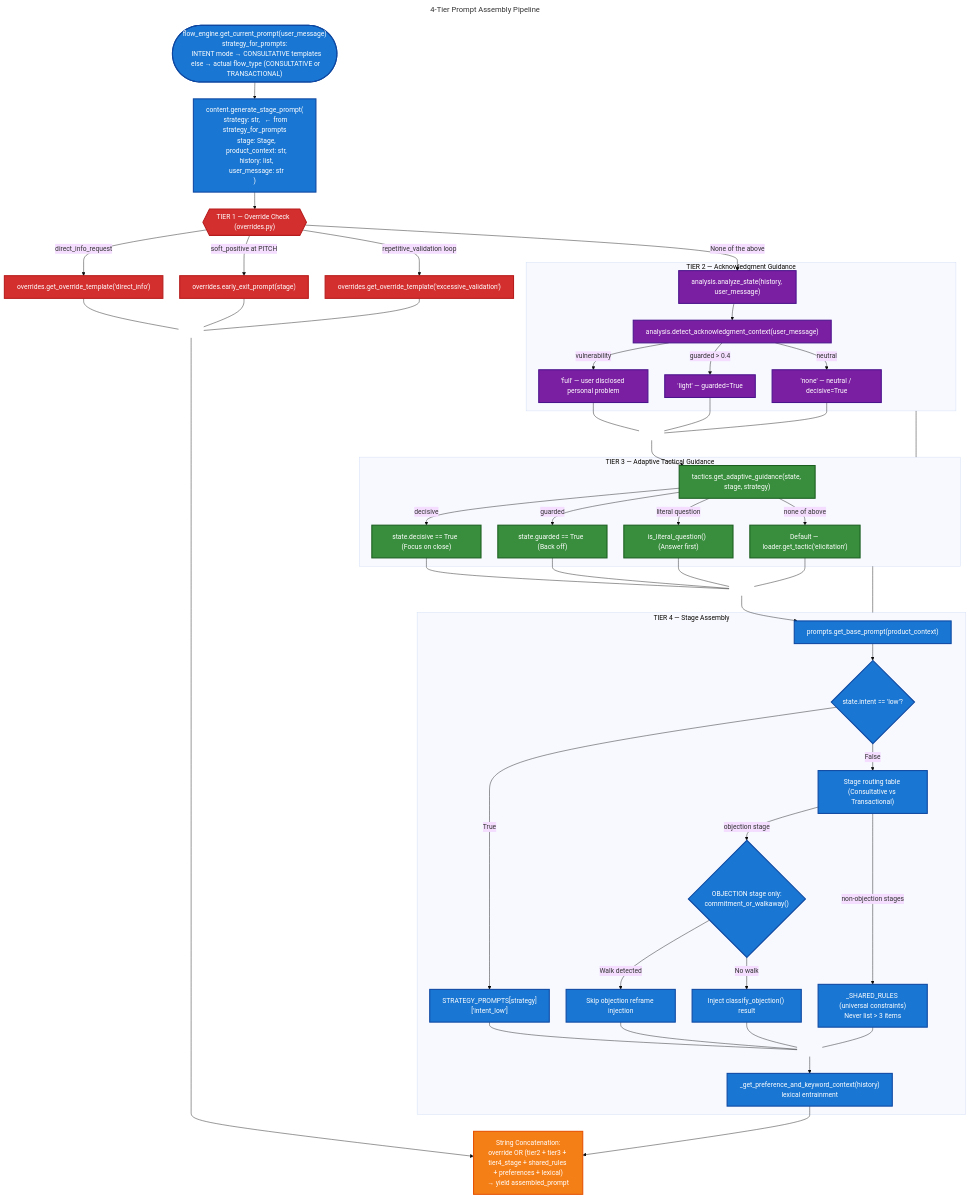
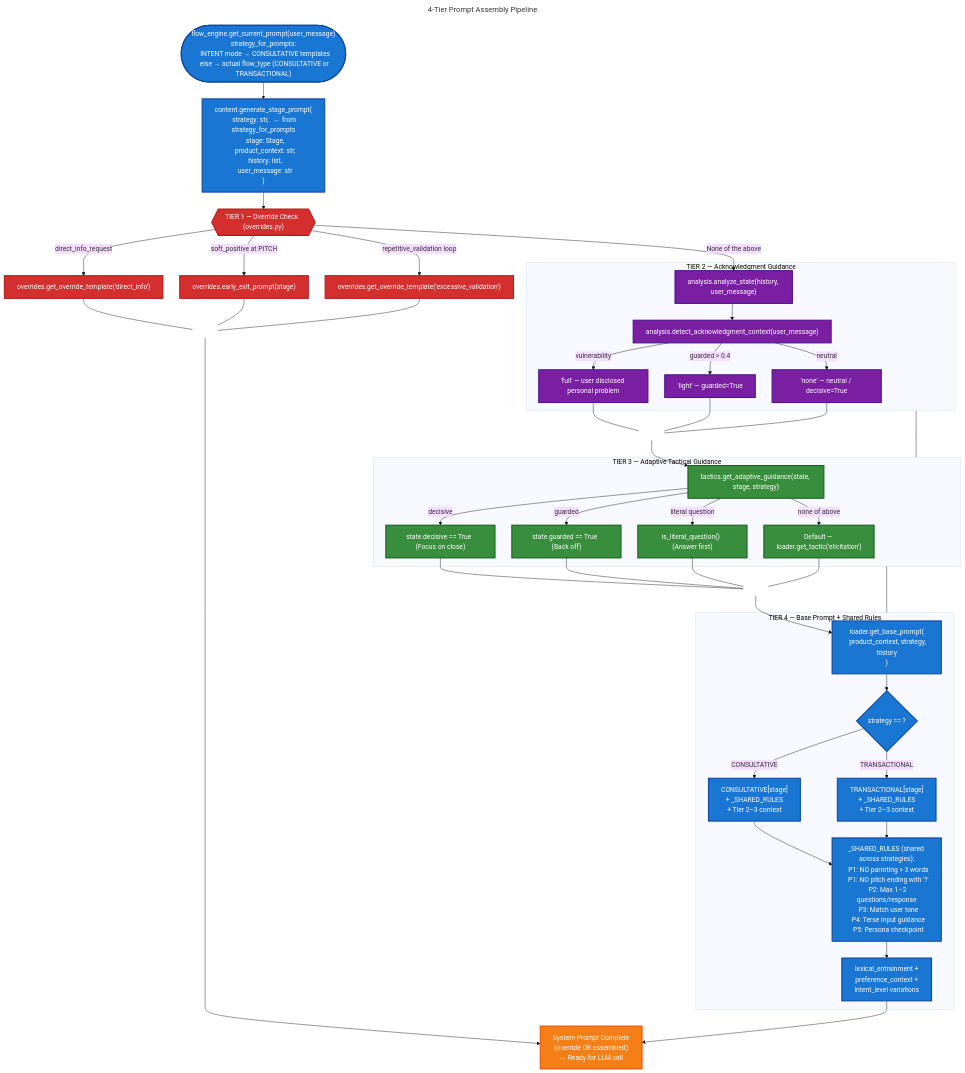
The diagram in Documentation/diagrams/04_prompt_assembly.mmd (shaf-aston/FYP-sales-training-tool), drawn with Mermaid before and after one commit. The commit also changed 4 other files, not shown here.

First line of the commit message:
refactor(diagrams): complete semantic refinements on 08, 09

```diff
--- a/Documentation/diagrams/04_prompt_assembly.mmd
+++ b/Documentation/diagrams/04_prompt_assembly.mmd
@@ -1,115 +1,104 @@
 ---
 title: 4-Tier Prompt Assembly Pipeline
 ---
 %% ==========================================
 %% PURPOSE: Visualizes how prompts are programmatically constructed by combining exact overrides, tactical acknowledgements, adaptive advice, and core NEPQ templates.
 %% ==========================================
 %%{init: {"theme": "base", "flowchart": {"nodeSpacing": 40, "rankSpacing": 40}}}%%
 
 flowchart TD
     classDef junctionStyle stroke-width:0px,fill:transparent,font-size:1px;
     classDef override fill:#D32F2F,stroke:#B71C1C,stroke-width:2.5px,color:#fff
     classDef ack fill:#7B1FA2,stroke:#4A148C,stroke-width:2.5px,color:#fff
     classDef tactics fill:#388E3C,stroke:#1B5E20,stroke-width:2.5px,color:#fff
     classDef stage fill:#1976D2,stroke:#0D47A1,stroke-width:2.5px,color:#fff
     classDef final fill:#F57F17,stroke:#E65100,stroke-width:2.5px,color:#fff
 
     START(["flow_engine.get_current_prompt(user_message)<br/>strategy_for_prompts:<br/>  INTENT mode → CONSULTATIVE templates<br/>  else → actual flow_type (CONSULTATIVE or TRANSACTIONAL)"]):::stage
 
     ENTRY["content.generate_stage_prompt(<br/>  strategy: str,   ← from strategy_for_prompts<br/>  stage: Stage,<br/>  product_context: str,<br/>  history: list,<br/>  user_message: str<br/>)"]:::stage
 
     START --> ENTRY
 
     %% ── TIER 1: Override Check ───────────────────────────────────────────────
     ENTRY --> T1{{"TIER 1 — Override Check  (overrides.py)"}}:::override
 
     T1 -->|"direct_info_request"| OV1["overrides.get_override_template('direct_info')"]:::override
     T1 -->|"soft_positive at PITCH"| OV2["overrides.early_exit_prompt(stage)"]:::override
     T1 -->|"repetitive_validation loop"| OV3["overrides.get_override_template('excessive_validation')"]:::override
 
     T1 -->|"None of the above"| T2_ENTRY
 
     OVJ1[ ]:::junctionStyle
     OV1 --- OVJ1
     OV2 --- OVJ1
     OV3 --- OVJ1
     OVJ1 --> FINAL_PROMPT
 
     %% ── TIER 2: Acknowledgment ───────────────────────────────────────────────
     subgraph Tier2["TIER 2 — Acknowledgment Guidance"]
         T2_ENTRY["analysis.analyze_state(history, user_message)"]:::ack
         T2_ACK["analysis.detect_acknowledgment_context(user_message)"]:::ack
         T2_FULL["'full' — user disclosed personal problem"]:::ack
         T2_LIGHT["'light' — guarded=True"]:::ack
         T2_NONE["'none' — neutral / decisive=True"]:::ack
 
         T2_ENTRY --> T2_ACK
         T2_ACK -->|"vulnerability"| T2_FULL
         T2_ACK -->|"guarded > 0.4"| T2_LIGHT
         T2_ACK -->|"neutral"| T2_NONE
     end
 
     T2J[ ]:::junctionStyle
     T2_FULL --- T2J
     T2_LIGHT --- T2J
     T2_NONE --- T2J
     T2J --> T3_ENTRY
 
     %% ── TIER 3: Adaptive Tactics ─────────────────────────────────────────────
     subgraph Tier3["TIER 3 — Adaptive Tactical Guidance"]
         T3_ENTRY["tactics.get_adaptive_guidance(state, stage, strategy)"]:::tactics
         T3_DEC["state.decisive == True  (Focus on close)"]:::tactics
         T3_GUARD["state.guarded == True  (Back off)"]:::tactics
         T3_QUES["is_literal_question()  (Answer first)"]:::tactics
         T3_ELICIT["Default — loader.get_tactic('elicitation')"]:::tactics
 
         T3_ENTRY -->|"decisive"| T3_DEC
         T3_ENTRY -->|"guarded"| T3_GUARD
         T3_ENTRY -->|"literal question"| T3_QUES
         T3_ENTRY -->|"none of above"| T3_ELICIT
     end
 
     Tier2 --- Tier3
 
     T3J[ ]:::junctionStyle
     T3_DEC --- T3J
     T3_GUARD --- T3J
     T3_QUES --- T3J
     T3_ELICIT --- T3J
     T3J --> T4_ENTRY
 
-    %% ── TIER 4: Stage Assembly ───────────────────────────────────────────────
-    subgraph Tier4["TIER 4 — Stage Assembly"]
-        T4_ENTRY["prompts.get_base_prompt(product_context)"]:::stage
-        T4_LOW_CHECK{"state.intent == 'low'?"}:::stage
-        T4_ENTRY --> T4_LOW_CHECK
+    %% ── TIER 4: Stage Assembly (Strategy-Specific) ──────────────────────────
+    subgraph Tier4["TIER 4 — Base Prompt + Shared Rules"]
+        T4_ENTRY["loader.get_base_prompt(<br/>  product_context, strategy, history<br/>)"]:::stage
+        
+        T4_ROUTE{"strategy == ?"}:::stage
+        
+        T4_CONSULT["CONSULTATIVE[stage]<br/>+ _SHARED_RULES<br/>+ Tier 2–3 context"]:::stage
+        T4_TRANS["TRANSACTIONAL[stage]<br/>+ _SHARED_RULES<br/>+ Tier 2–3 context"]:::stage
+        
+        T4_SHARED["_SHARED_RULES (shared across strategies):<br/>  P1: NO parroting > 3 words<br/>  P1: NO pitch ending with '?'<br/>  P2: Max 1–2 questions/response<br/>  P3: Match user tone<br/>  P4: Terse input guidance<br/>  P5: Persona checkpoint"]:::stage
+        
+        T4_PREFS["lexical_entrainment +<br/>preference_context +<br/>intent_level variations"]:::stage
 
-        T4_INTENT_LOW["STRATEGY_PROMPTS[strategy]['intent_low']"]:::stage
-        T4_ROUTE["Stage routing table (Consultative vs Transactional)"]:::stage
-
-        T4_LOW_CHECK -->|"True"| T4_INTENT_LOW
-        T4_LOW_CHECK -->|"False"| T4_ROUTE
-
-        T4_OBJ_CHECK{"OBJECTION stage only:<br/>commitment_or_walkaway()"}:::stage
-        T4_WALK["Skip objection reframe injection"]:::stage
-        T4_OBJ_INJECT["Inject classify_objection() result"]:::stage
-
-        T4_ROUTE -->|"objection stage"| T4_OBJ_CHECK
-        T4_ROUTE -->|"non-objection stages"| T4_SHARED
-
-        T4_OBJ_CHECK -->|"Walk detected"| T4_WALK
-        T4_OBJ_CHECK -->|"No walk"| T4_OBJ_INJECT
-
-        T4_SHARED["_SHARED_RULES (universal constraints)<br/>Never list > 3 items"]:::stage
-        T4_PREFS["_get_preference_and_keyword_context(history)<br/>lexical entrainment"]:::stage
-
-        T4_INTENT_LOW --- T4J1[ ]:::junctionStyle
-        T4_WALK --- T4J1
-        T4_OBJ_INJECT --- T4J1
-        T4_SHARED --- T4J1
-        T4J1 --> T4_PREFS
+        T4_ENTRY --> T4_ROUTE
+        T4_ROUTE -->|CONSULTATIVE| T4_CONSULT
+        T4_ROUTE -->|TRANSACTIONAL| T4_TRANS
+        T4_CONSULT --> T4_SHARED
+        T4_TRANS --> T4_SHARED
+        T4_SHARED --> T4_PREFS
     end
 
     Tier3 --- Tier4
 
-    T4_PREFS --> FINAL_PROMPT["String Concatenation:<br/>override OR (tier2 + tier3 + tier4_stage + shared_rules + preferences + lexical)<br/>→ yield assembled_prompt"]:::final
+    T4_PREFS --> FINAL_PROMPT["System Prompt Complete<br/>(override OR assembled)<br/>→ Ready for LLM call"]:::final
```
